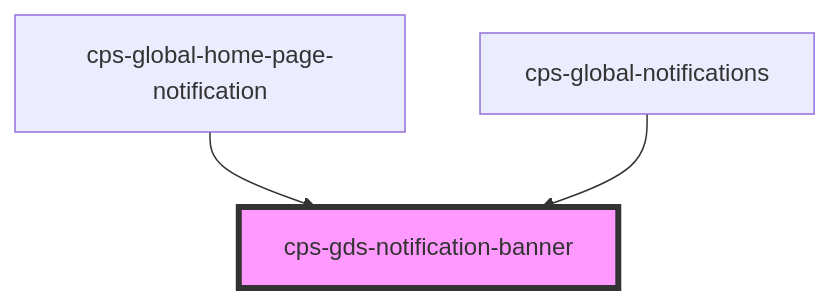
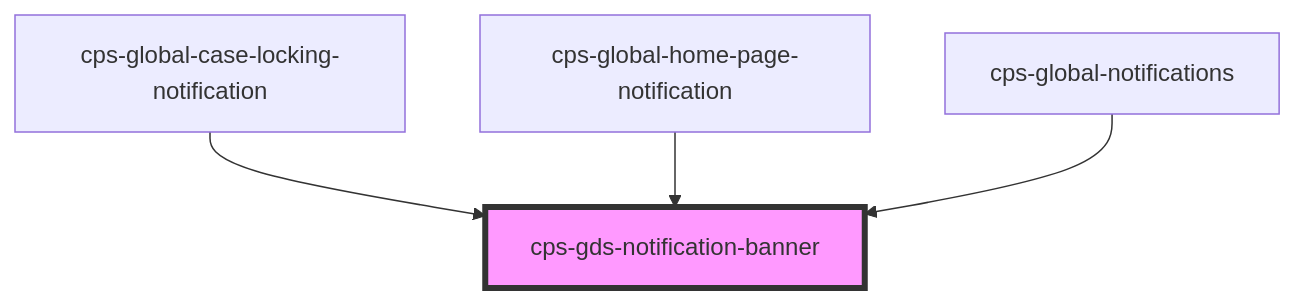
Before and after one commit to CPS-Innovation/global-components: the diagram in packages/cps-global-components/src/components/cps-gds-notification-banner/readme.md, drawn with Mermaid. The commit also changed other lines of this file and 11 other files, not shown here.

Commit message:
#FCT2-18002 - added logging to case locking POC

````diff
--- a/packages/cps-global-components/src/components/cps-gds-notification-banner/readme.md
+++ b/packages/cps-global-components/src/components/cps-gds-notification-banner/readme.md
@@ -36,6 +37,7 @@
 ```mermaid
 graph TD;
+  cps-global-case-locking-notification --> cps-gds-notification-banner
   cps-global-home-page-notification --> cps-gds-notification-banner
   cps-global-notifications --> cps-gds-notification-banner
   style cps-gds-notification-banner fill:#f9f,stroke:#333,stroke-width:4px
 ```
````
